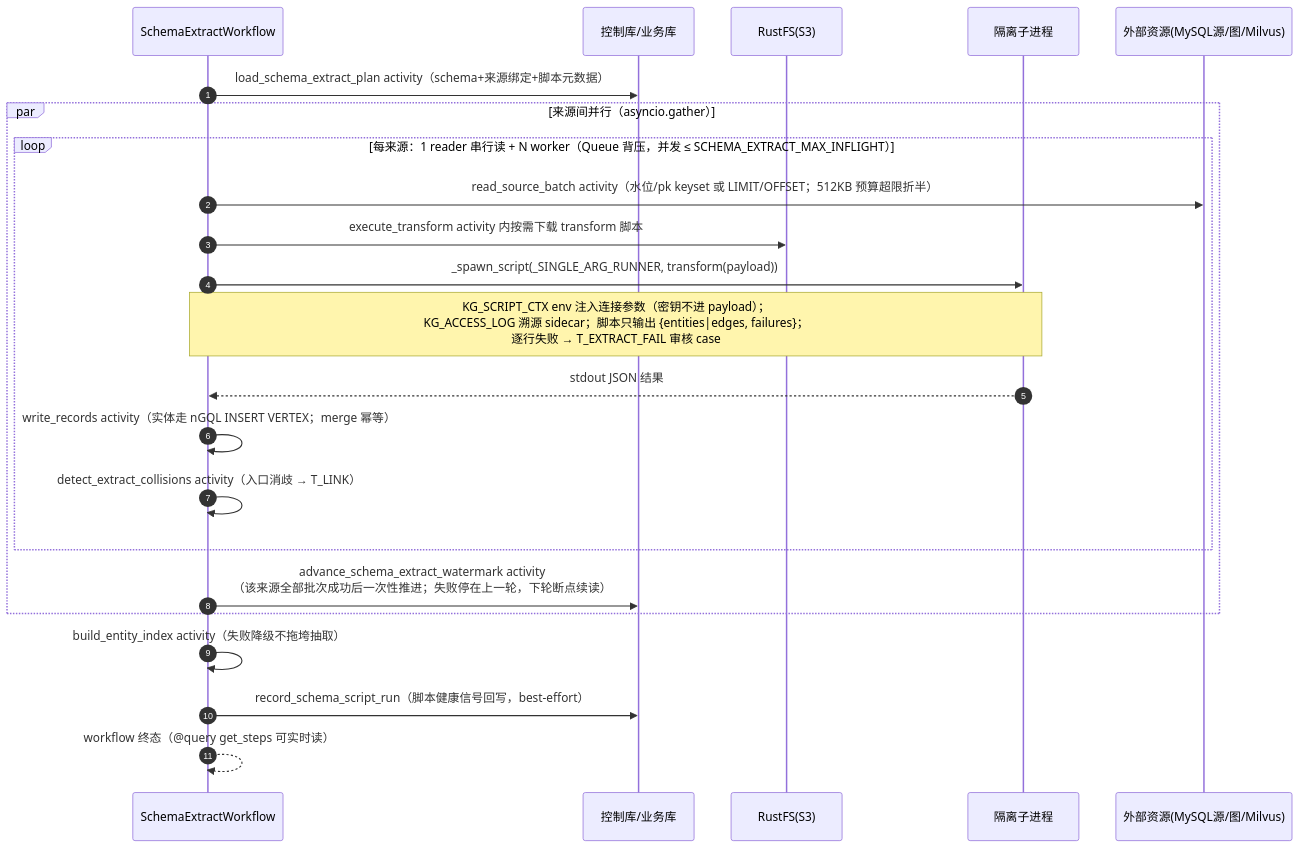
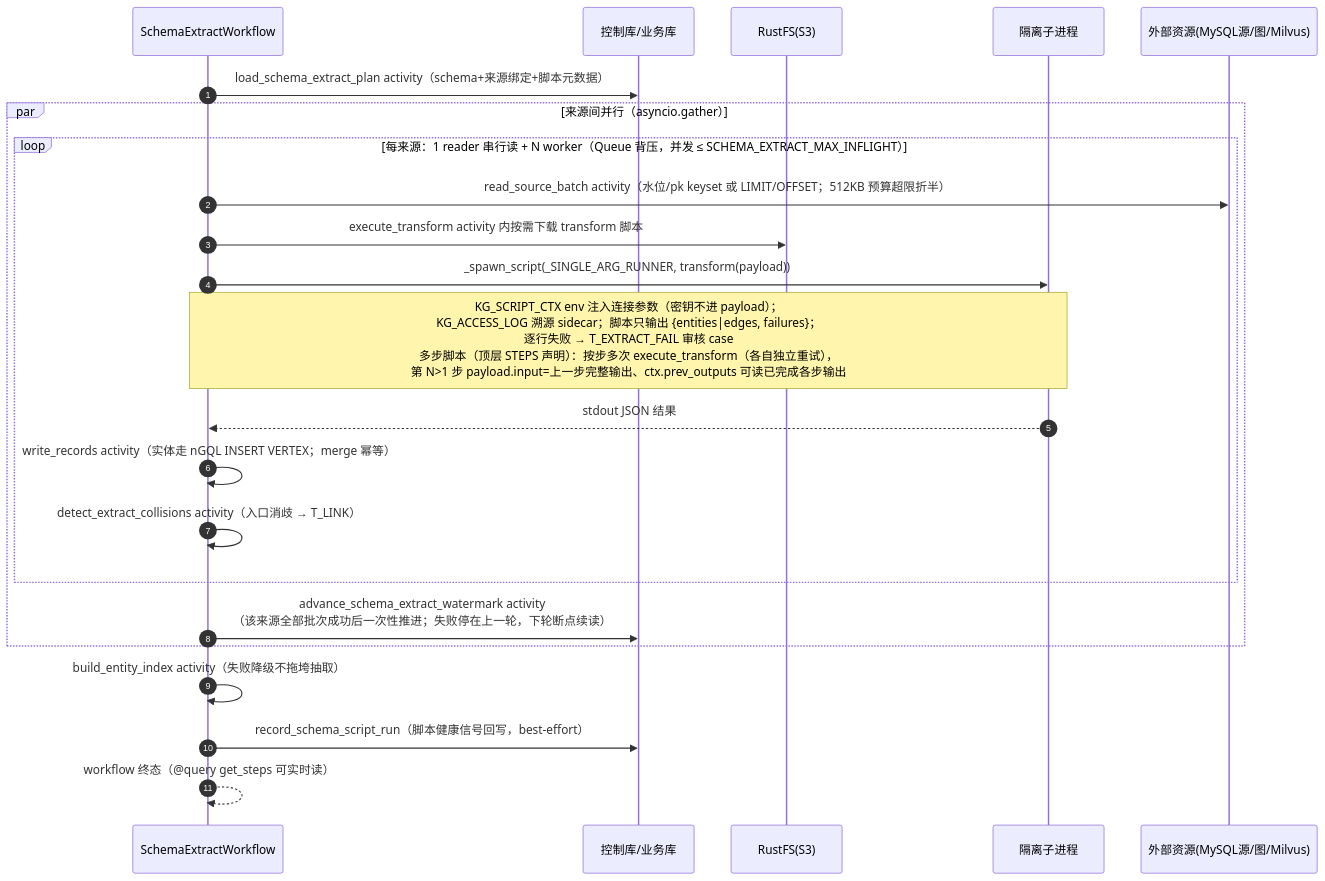
The second of 4 diagrams in docs/工作流系统模块.md (Marisolebxf/tech-kg-api), drawn with Mermaid before and after one commit. The commit also changed other lines of this file and 13 other files, not shown here.

First line of the commit message:
feat: kg.schema.extract 支持脚本内声明 STEPS 多步转换

````diff
--- a/docs/工作流系统模块.md
+++ b/docs/工作流系统模块.md
@@ -176,26 +176,26 @@
 ```mermaid
 sequenceDiagram
     autonumber
     participant WK as SchemaExtractWorkflow
     participant DB as 控制库/业务库
     participant S3 as RustFS(S3)
     participant SUB as 隔离子进程
     participant RES as 外部资源(MySQL源/图/Milvus)
 
     WK->>DB: load_schema_extract_plan activity（schema+来源绑定+脚本元数据）
     par 来源间并行（asyncio.gather）
         loop 每来源：1 reader 串行读 + N worker（Queue 背压，并发 ≤ SCHEMA_EXTRACT_MAX_INFLIGHT）
             WK->>RES: read_source_batch activity（水位/pk keyset 或 LIMIT/OFFSET；512KB 预算超限折半）
             WK->>S3: execute_transform activity 内按需下载 transform 脚本
             WK->>SUB: _spawn_script(_SINGLE_ARG_RUNNER, transform(payload))
-            note over WK,SUB: KG_SCRIPT_CTX env 注入连接参数（密钥不进 payload）；<br/>KG_ACCESS_LOG 溯源 sidecar；脚本只输出 {entities|edges, failures}；<br/>逐行失败 → T_EXTRACT_FAIL 审核 case
+            note over WK,SUB: KG_SCRIPT_CTX env 注入连接参数（密钥不进 payload）；<br/>KG_ACCESS_LOG 溯源 sidecar；脚本只输出 {entities|edges, failures}；<br/>逐行失败 → T_EXTRACT_FAIL 审核 case<br/>多步脚本（顶层 STEPS 声明）：按步多次 execute_transform（各自独立重试），<br/>第 N>1 步 payload.input=上一步完整输出、ctx.prev_outputs 可读已完成各步输出
             SUB-->>WK: stdout JSON 结果
             WK->>WK: write_records activity（实体走 nGQL INSERT VERTEX；merge 幂等）
             WK->>WK: detect_extract_collisions activity（入口消歧 → T_LINK）
         end
         WK->>DB: advance_schema_extract_watermark activity<br/>（该来源全部批次成功后一次性推进；失败停在上一轮，下轮断点续读）
     end
     WK->>WK: build_entity_index activity（失败降级不拖垮抽取）
     WK->>DB: record_schema_script_run（脚本健康信号回写，best-effort）
     WK-->>WK: workflow 终态（@query get_steps 可实时读）
 ```
````
